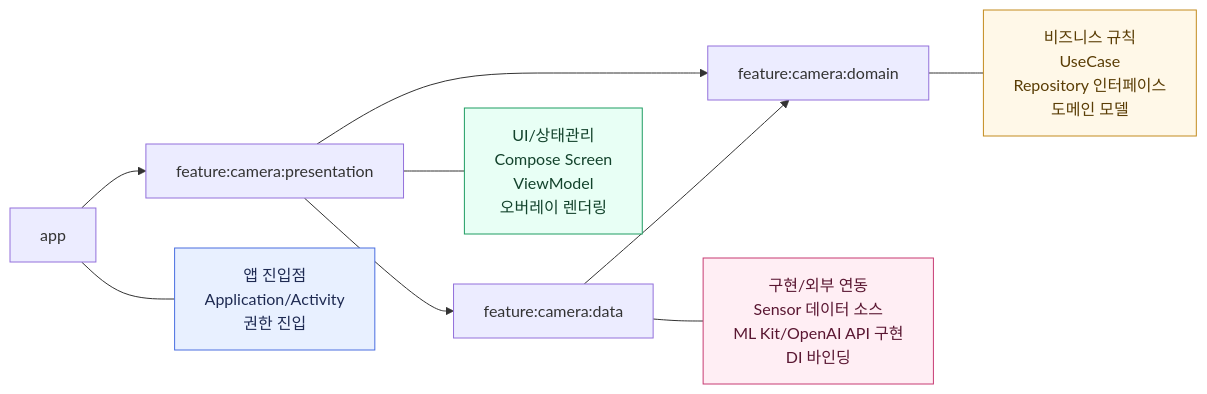
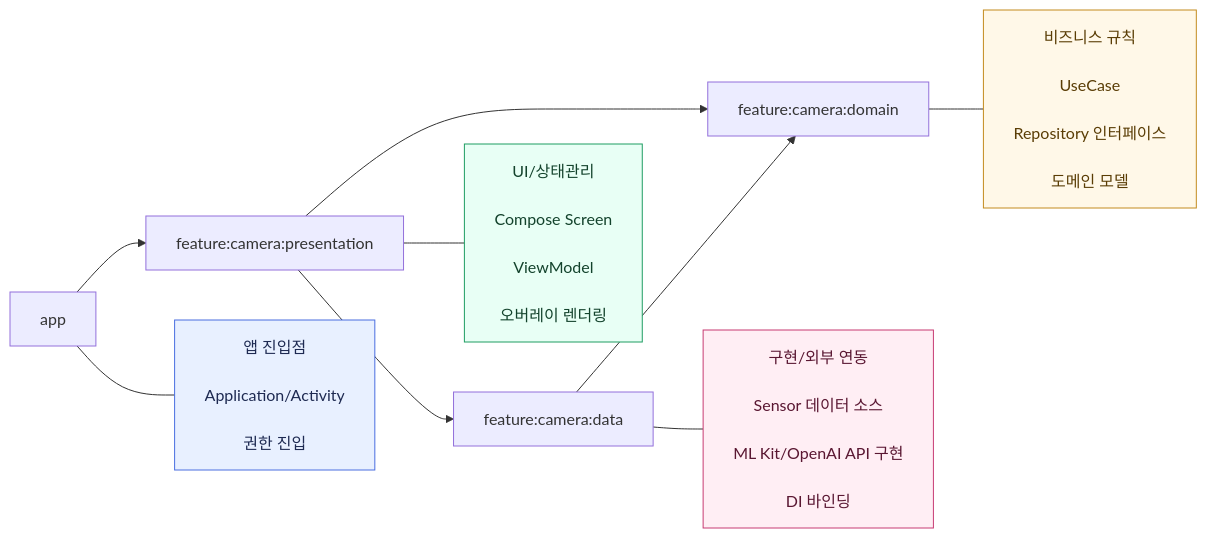
One commit to Han-hih/CompositionCamera changed the diagram in README.md. Above: the diagram before and after it, drawn with Mermaid.

Commit message:
Readme 수정

````diff
--- a/README.md
+++ b/README.md
@@ -54,22 +54,33 @@
 ```mermaid
 flowchart LR
     A["app"] --> P["feature:camera:presentation"]
     P --> D["feature:camera:domain"]
     P --> R["feature:camera:data"]
     R --> D
 
-    A1["앱 진입점\nApplication/Activity\n권한 진입"]:::app
-    P1["UI/상태관리\nCompose Screen\nViewModel\n오버레이 렌더링"]:::presentation
-    D1["비즈니스 규칙\nUseCase\nRepository 인터페이스\n도메인 모델"]:::domain
-    R1["구현/외부 연동\nSensor 데이터 소스\nML Kit/OpenAI API 구현\nDI 바인딩"]:::data
+    A1["앱 진입점<br/>
+Application/Activity<br/>
+권한 진입"]:::app
+    P1["UI/상태관리<br/>
+Compose Screen<br/>
+ViewModel<br/>
+오버레이 렌더링"]:::presentation
+    D1["비즈니스 규칙<br/>
+UseCase<br/>
+Repository 인터페이스<br/>
+도메인 모델"]:::domain
+    R1["구현/외부 연동<br/>
+Sensor 데이터 소스<br/>
+ML Kit/OpenAI API 구현<br/>
+DI 바인딩"]:::data
 
     A --- A1
     P --- P1
     D --- D1
     R --- R1
 
     classDef app fill:#e8f0ff,stroke:#4a6ee0,color:#1e2a52
     classDef presentation fill:#e8fff5,stroke:#1f9d62,color:#13432c
     classDef domain fill:#fff8e8,stroke:#c38b1e,color:#5a3d05
     classDef data fill:#ffeef4,stroke:#c73b73,color:#5a1732
 ```
````
